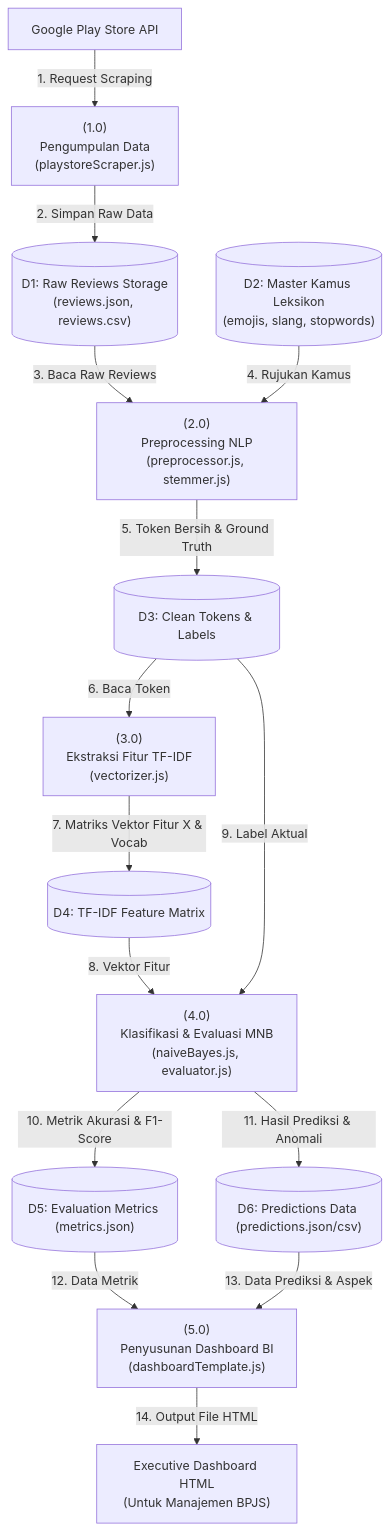
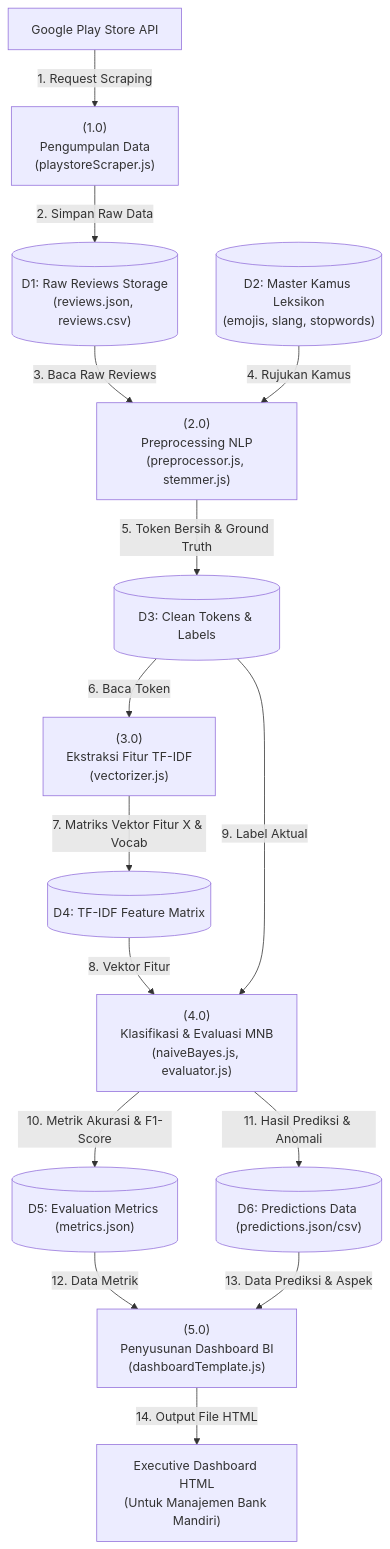
The fifth of 6 diagrams in docs/03_flowchart_dan_arsitektur.md (presidendjakarta/Binus-s2-Business-Intelligence-and-Analytics-TK), drawn with Mermaid before and after one commit. The commit also changed other lines of this file and 57 other files, not shown here.

````diff
--- a/docs/03_flowchart_dan_arsitektur.md
+++ b/docs/03_flowchart_dan_arsitektur.md
@@ -161,21 +161,21 @@
 ```mermaid
 flowchart TD
     E1["Google Play Store API"] -->|1. Request Scraping| P1["(1.0)<br>Pengumpulan Data<br>(playstoreScraper.js)"]
     P1 -->|2. Simpan Raw Data| DS1[("D1: Raw Reviews Storage<br>(reviews.json, reviews.csv)")]
 
     DS1 -->|3. Baca Raw Reviews| P2["(2.0)<br>Preprocessing NLP<br>(preprocessor.js, stemmer.js)"]
     DS2[("D2: Master Kamus Leksikon<br>(emojis, slang, stopwords)")] -->|4. Rujukan Kamus| P2
     P2 -->|5. Token Bersih & Ground Truth| DS3[("D3: Clean Tokens & Labels")]
 
     DS3 -->|6. Baca Token| P3["(3.0)<br>Ekstraksi Fitur TF-IDF<br>(vectorizer.js)"]
     P3 -->|7. Matriks Vektor Fitur X & Vocab| DS4[("D4: TF-IDF Feature Matrix")]
 
     DS4 -->|8. Vektor Fitur| P4["(4.0)<br>Klasifikasi & Evaluasi MNB<br>(naiveBayes.js, evaluator.js)"]
     DS3 -->|9. Label Aktual| P4
     P4 -->|10. Metrik Akurasi & F1-Score| DS5[("D5: Evaluation Metrics (metrics.json)")]
     P4 -->|11. Hasil Prediksi & Anomali| DS6[("D6: Predictions Data (predictions.json/csv)")]
 
     DS5 -->|12. Data Metrik| P5["(5.0)<br>Penyusunan Dashboard BI<br>(dashboardTemplate.js)"]
     DS6 -->|13. Data Prediksi & Aspek| P5
-    P5 -->|14. Output File HTML| E2["Executive Dashboard HTML<br>(Untuk Manajemen BPJS)"]
+    P5 -->|14. Output File HTML| E2["Executive Dashboard HTML<br>(Untuk Manajemen Bank Mandiri)"]
 ```
````
